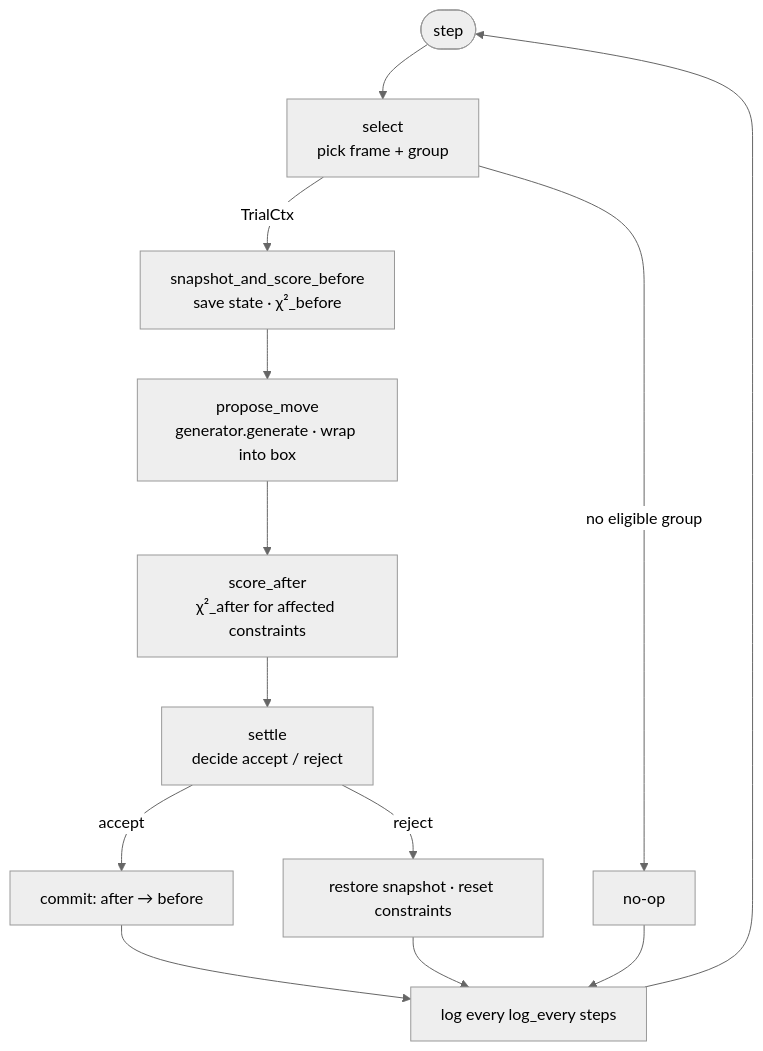
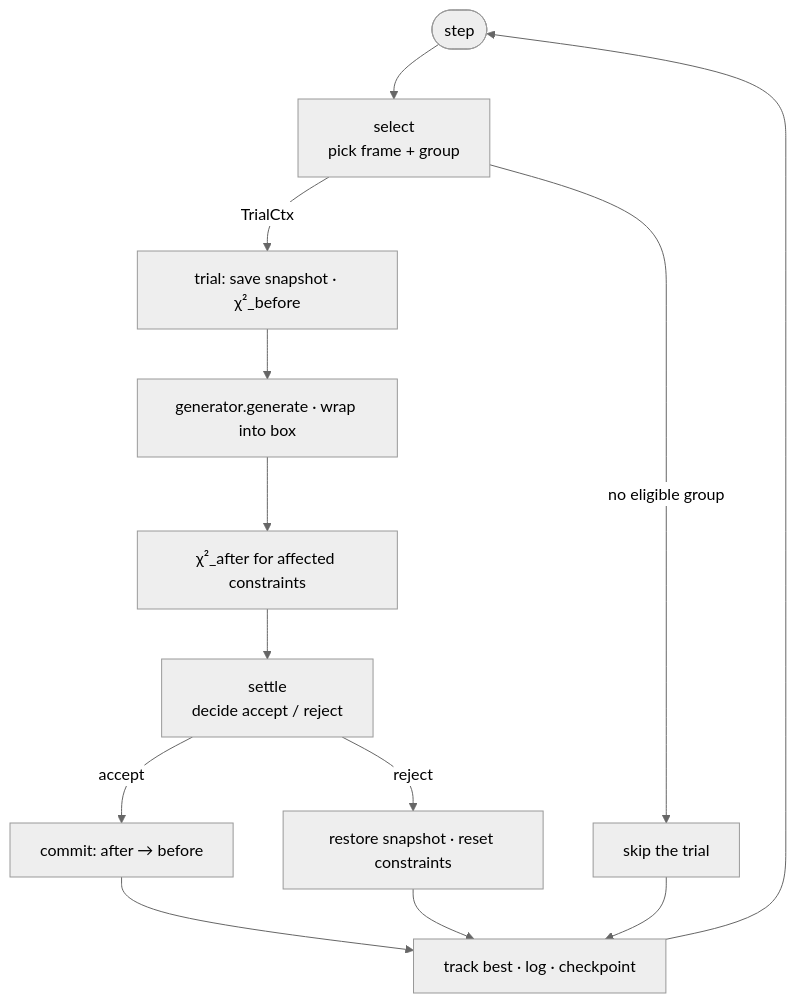
One commit to reach2sayan/ReverseMonteCarlo changed the first of 3 diagrams in DESIGN.md. Above: the diagram before and after it, drawn with Mermaid (neutral theme). The commit also changed other lines of this file and 127 other files, not shown here.

````diff
--- a/DESIGN.md
+++ b/DESIGN.md
@@ -69,15 +70,15 @@
 ```mermaid
 flowchart TD
     A([step]) --> B[select<br/>pick frame + group]
-    B -->|no eligible group| Z[no-op]
-    B -->|TrialCtx| C[snapshot_and_score_before<br/>save state · χ²_before]
-    C --> D[propose_move<br/>generator.generate · wrap into box]
-    D --> E[score_after<br/>χ²_after for affected constraints]
+    B -->|no eligible group| Z[skip the trial]
+    B -->|TrialCtx| C[trial: save snapshot · χ²_before]
+    C --> D[generator.generate · wrap into box]
+    D --> E[χ²_after for affected constraints]
     E --> F[settle<br/>decide accept / reject]
     F -->|accept| G[commit: after → before]
     F -->|reject| H[restore snapshot · reset constraints]
-    G --> L[log every log_every steps]
+    G --> L[track best · log · checkpoint]
     H --> L
     Z --> L
     L --> A
 ```
````
